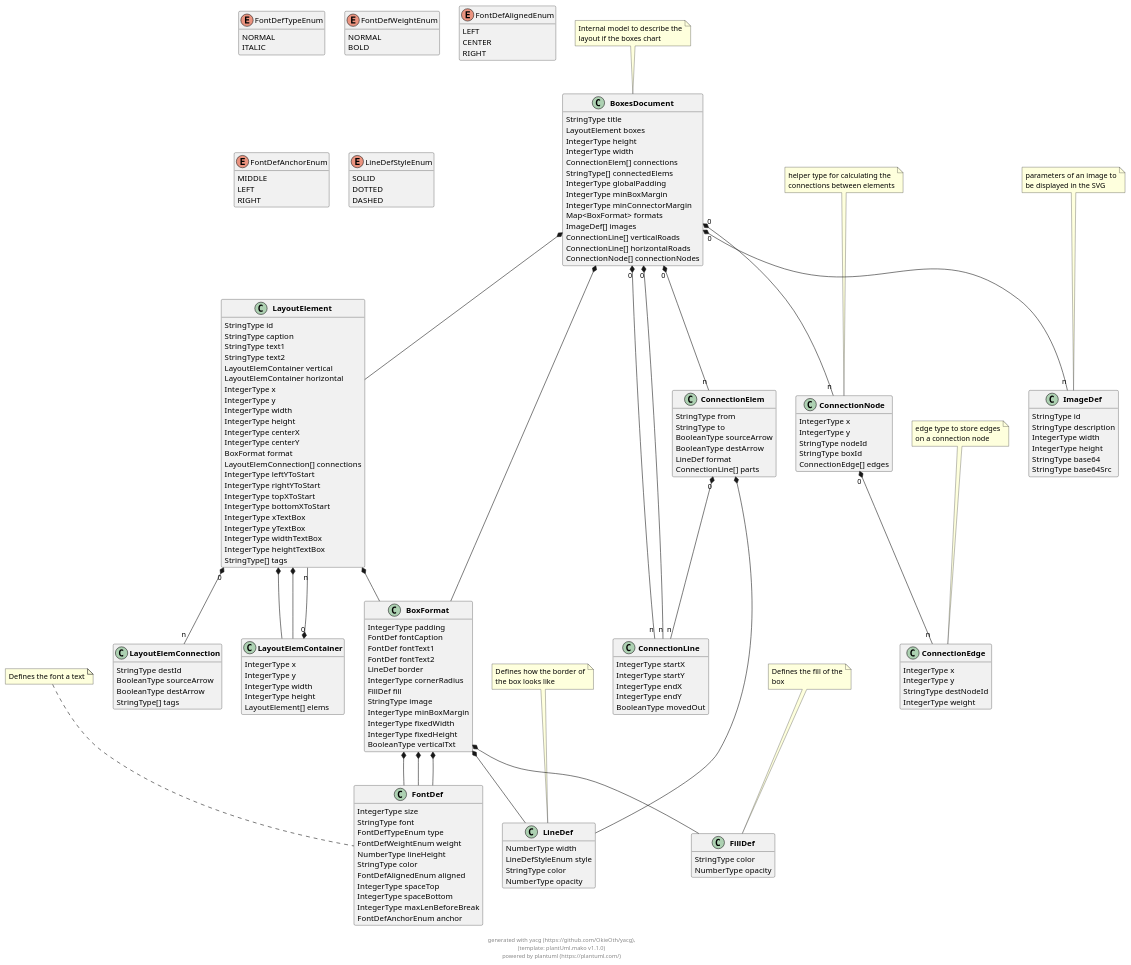
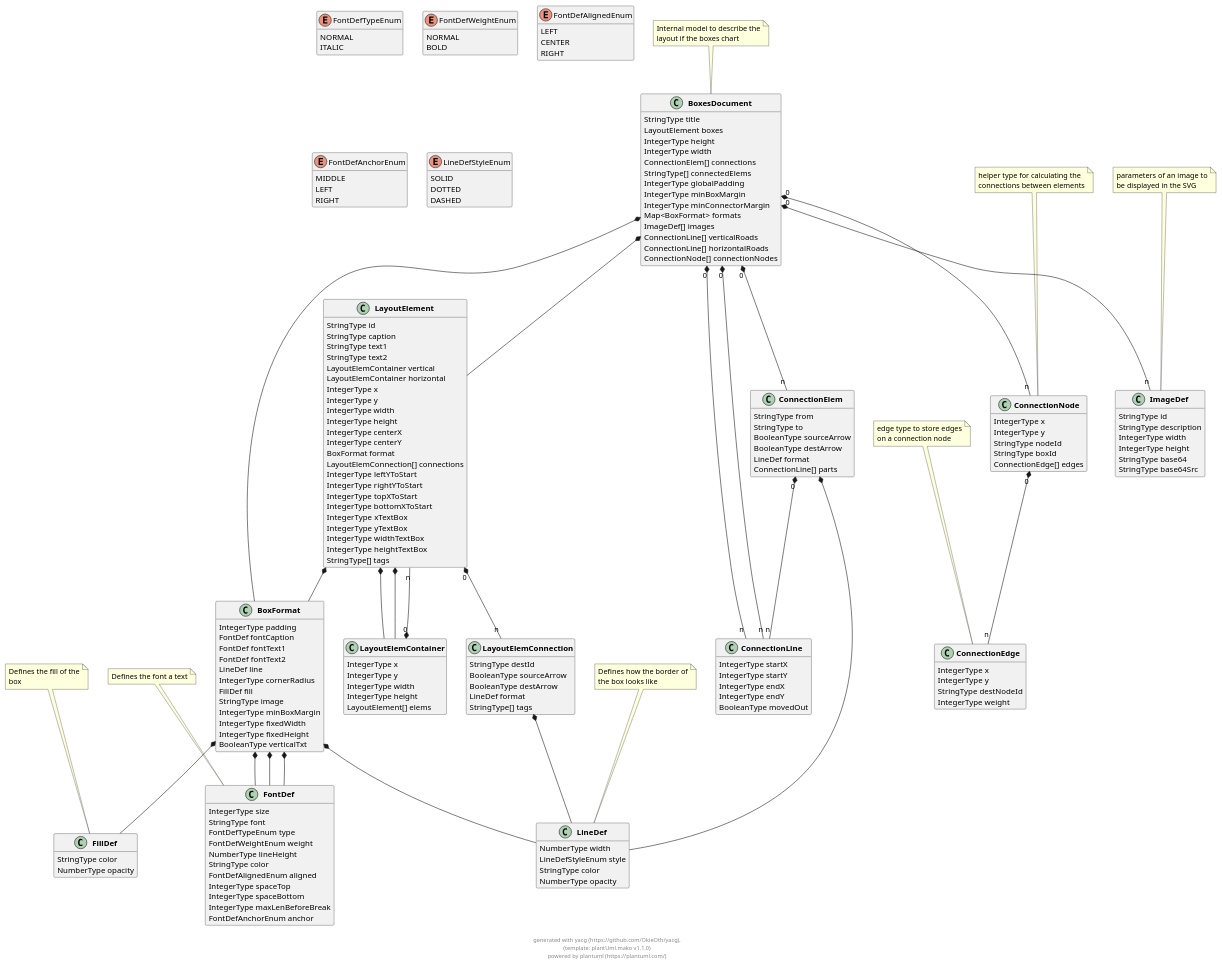
Before and after one commit to OkieOth/draw.chart.things: the diagram in docs/models/puml/boxes_document.puml, drawn with PlantUML. The commit also changed 45 other files, not shown here.

```diff
--- a/docs/models/puml/boxes_document.puml
+++ b/docs/models/puml/boxes_document.puml
@@ -69,7 +69,7 @@
         FontDef fontCaption
         FontDef fontText1
         FontDef fontText2
-        LineDef border
+        LineDef line
         IntegerType cornerRadius
         FillDef fill
         StringType image
@@ -116,6 +116,7 @@
         StringType destId
         BooleanType sourceArrow
         BooleanType destArrow
+        LineDef format
         StringType[] tags
 }
 
@@ -309,6 +310,8 @@
 
 
 
+LayoutElemConnection  *--  LineDef
+
 
     
 
```
